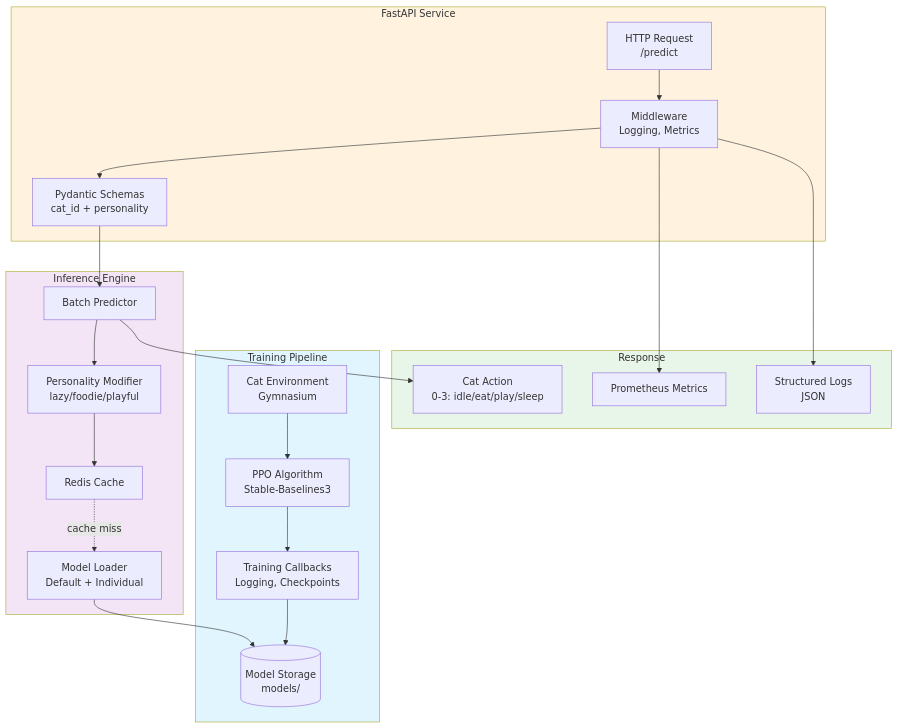
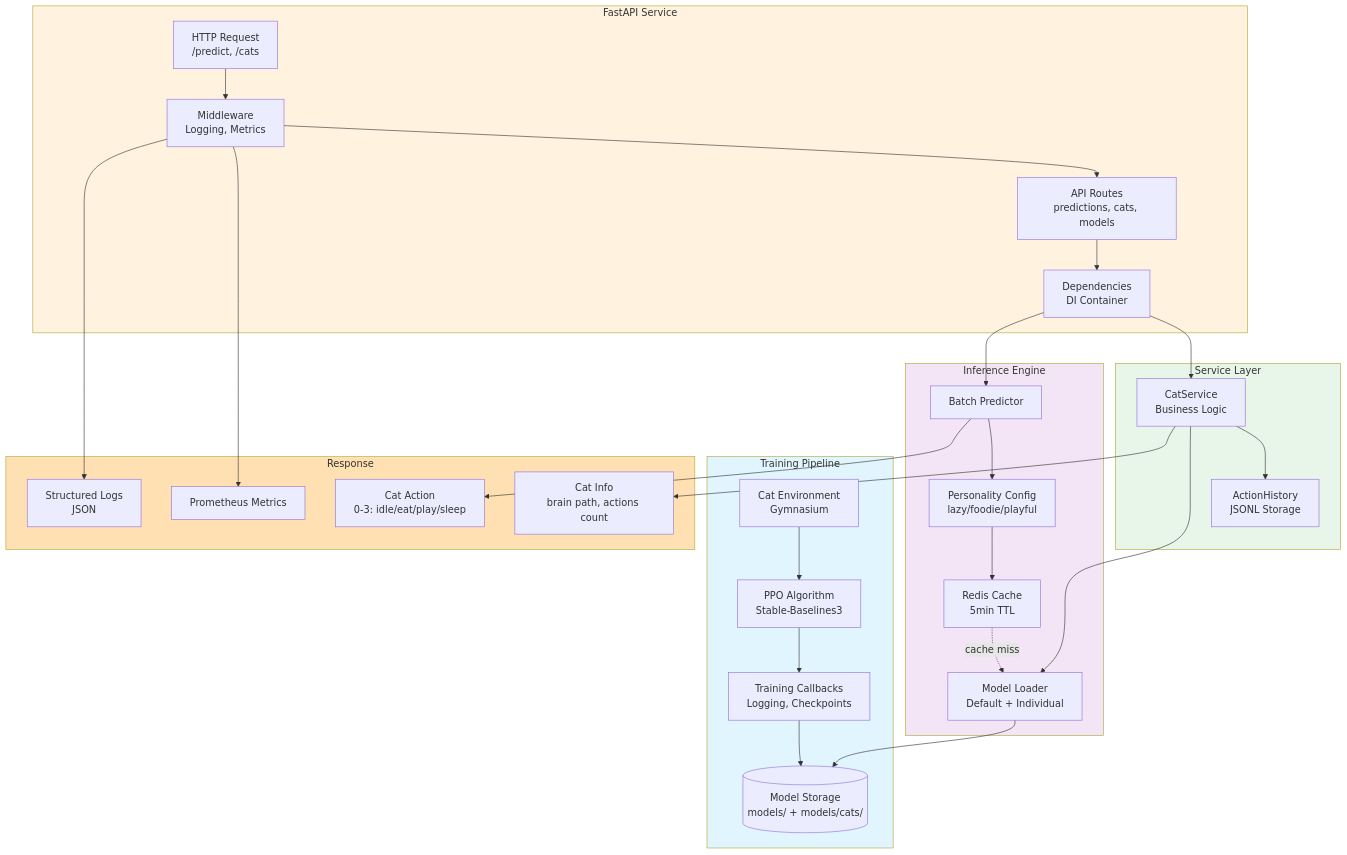
Before and after one commit to tantaneity/cat-brain-service: the first of 7 diagrams in README.md, drawn with Mermaid. The commit also changed other lines of this file, not shown here.

Commit message:
docs: update diagrams to reflect new architecture

````diff
--- a/README.md
+++ b/README.md
@@ -5,50 +5,64 @@
 ```mermaid
 graph TB
     subgraph Training["Training Pipeline"]
         ENV[Cat Environment<br/>Gymnasium]
         PPO[PPO Algorithm<br/>Stable-Baselines3]
         CALLBACKS[Training Callbacks<br/>Logging, Checkpoints]
-        MODELS[(Model Storage<br/>models/)]
+        MODELS[(Model Storage<br/>models/ + models/cats/)]
         
         ENV --> PPO
         PPO --> CALLBACKS
         CALLBACKS --> MODELS
     end
     
     subgraph API["FastAPI Service"]
-        REQUEST[HTTP Request<br/>/predict]
-        SCHEMAS[Pydantic Schemas<br/>cat_id + personality]
+        REQUEST[HTTP Request<br/>/predict, /cats]
+        ROUTES[API Routes<br/>predictions, cats, models]
         MIDDLEWARE[Middleware<br/>Logging, Metrics]
+        DEPS[Dependencies<br/>DI Container]
         
         REQUEST --> MIDDLEWARE
-        MIDDLEWARE --> SCHEMAS
+        MIDDLEWARE --> ROUTES
+        ROUTES --> DEPS
+    end
+    
+    subgraph Services["Service Layer"]
+        CAT_SERVICE[CatService<br/>Business Logic]
+        ACTION_HISTORY[ActionHistory<br/>JSONL Storage]
+        
+        DEPS --> CAT_SERVICE
+        CAT_SERVICE --> ACTION_HISTORY
     end
     
     subgraph Inference["Inference Engine"]
         PREDICTOR[Batch Predictor]
-        PERSONALITY[Personality Modifier<br/>lazy/foodie/playful]
-        CACHE[Redis Cache]
+        PERSONALITY[Personality Config<br/>lazy/foodie/playful]
+        CACHE[Redis Cache<br/>5min TTL]
         LOADER[Model Loader<br/>Default + Individual]
         
-        SCHEMAS --> PREDICTOR
+        DEPS --> PREDICTOR
         PREDICTOR --> PERSONALITY
         PERSONALITY --> CACHE
         CACHE -.cache miss.-> LOADER
         LOADER --> MODELS
+        CAT_SERVICE --> LOADER
     end
     
     subgraph Output["Response"]
         ACTION[Cat Action<br/>0-3: idle/eat/play/sleep]
+        CAT_INFO[Cat Info<br/>brain path, actions count]
         METRICS[Prometheus Metrics]
         LOGS[Structured Logs<br/>JSON]
         
         PREDICTOR --> ACTION
+        CAT_SERVICE --> CAT_INFO
         MIDDLEWARE --> METRICS
         MIDDLEWARE --> LOGS
     end
     
     style Training fill:#e1f5ff
     style API fill:#fff3e0
+    style Services fill:#e8f5e9
     style Inference fill:#f3e5f5
-    style Output fill:#e8f5e9
+    style Output fill:#ffe0b2
 ```
````
